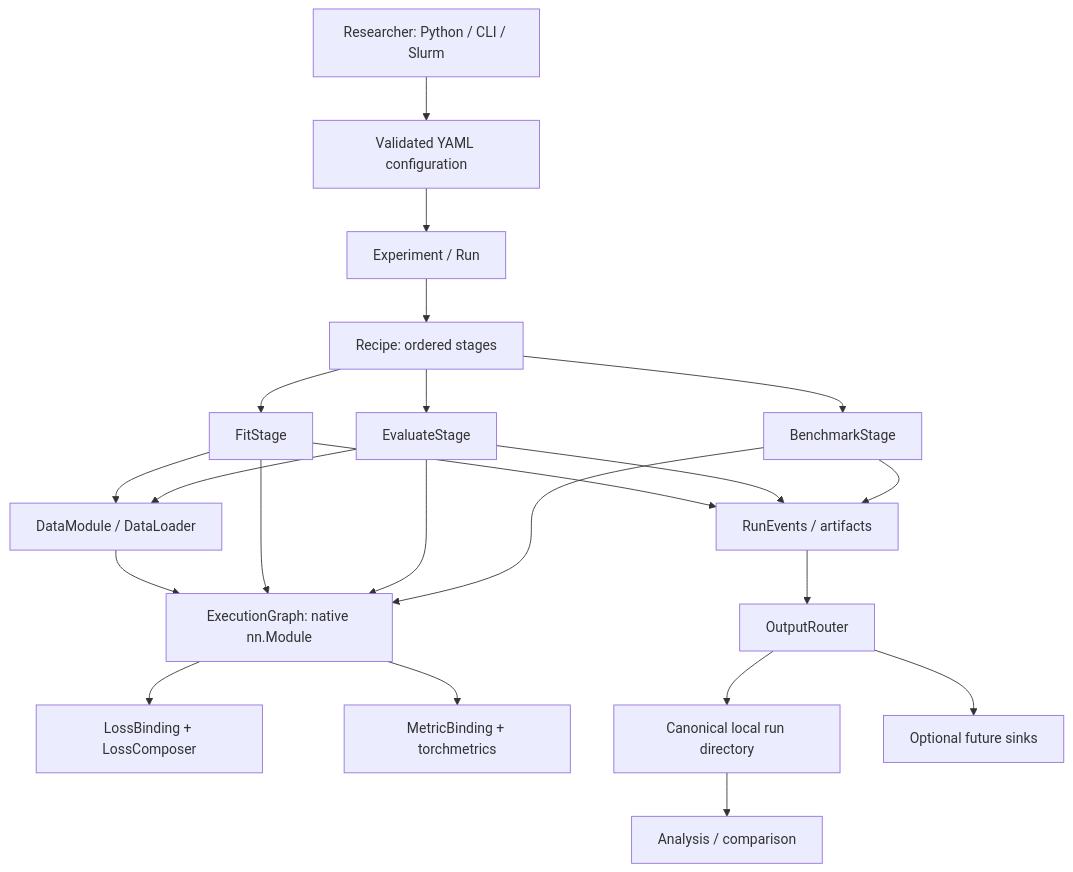
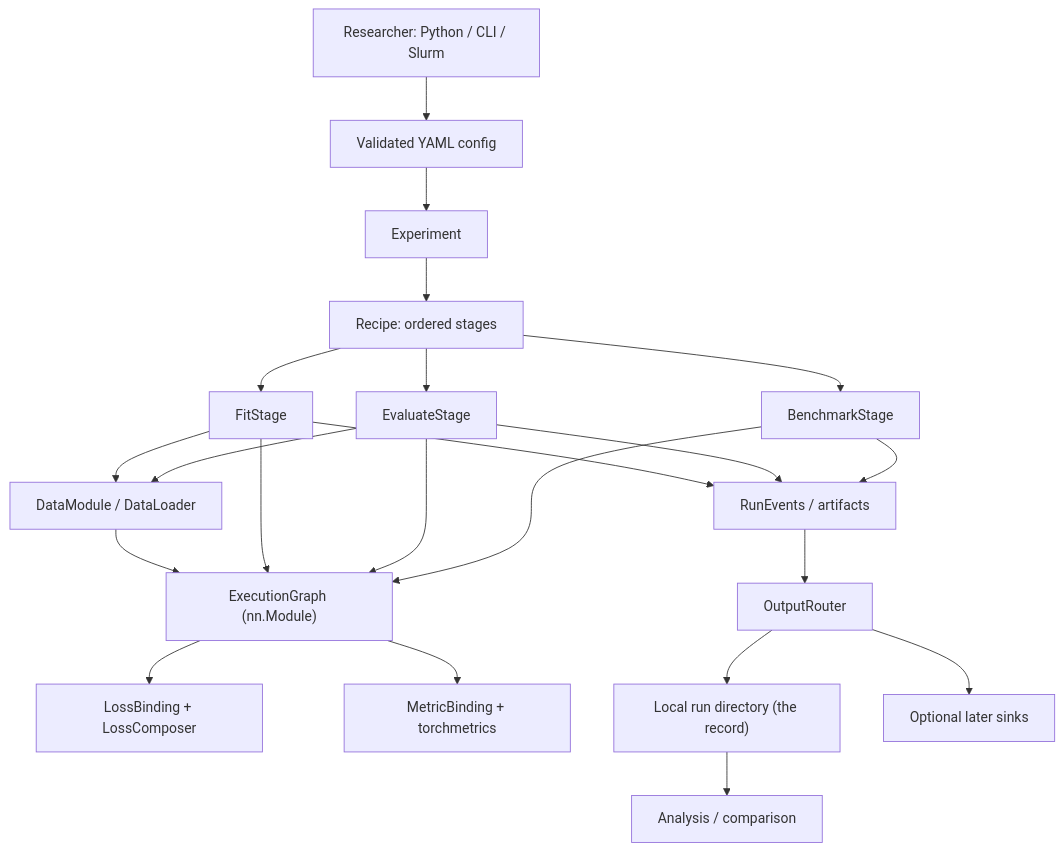
Before and after one commit to tile-and-error/imagenet-classification: the first of 5 diagrams in PLAN.md, drawn with Mermaid. The commit also changed other lines of this file and 3 other files, not shown here.

````diff
--- a/PLAN.md
+++ b/PLAN.md
@@ -52,24 +64,24 @@
 ```mermaid
 flowchart TB
-    U["Researcher: Python / CLI / Slurm"] --> CFG["Validated YAML configuration"]
-    CFG --> EXP["Experiment / Run"]
+    U["Researcher: Python / CLI / Slurm"] --> CFG["Validated YAML config"]
+    CFG --> EXP["Experiment"]
     EXP --> R["Recipe: ordered stages"]
     R --> F["FitStage"]
     R --> E["EvaluateStage"]
     R --> B["BenchmarkStage"]
     F --> DATA["DataModule / DataLoader"]
     E --> DATA
-    DATA --> G["ExecutionGraph: native nn.Module"]
+    DATA --> G["ExecutionGraph (nn.Module)"]
     F --> G
     E --> G
     B --> G
     G --> L["LossBinding + LossComposer"]
     G --> M["MetricBinding + torchmetrics"]
     F --> OUT["RunEvents / artifacts"]
     E --> OUT
     B --> OUT
     OUT --> ROUTER["OutputRouter"]
-    ROUTER --> LOCAL["Canonical local run directory"]
-    ROUTER --> OPTIONAL["Optional future sinks"]
+    ROUTER --> LOCAL["Local run directory (the record)"]
+    ROUTER --> OPTIONAL["Optional later sinks"]
     LOCAL --> ANALYSIS["Analysis / comparison"]
 ```
````
